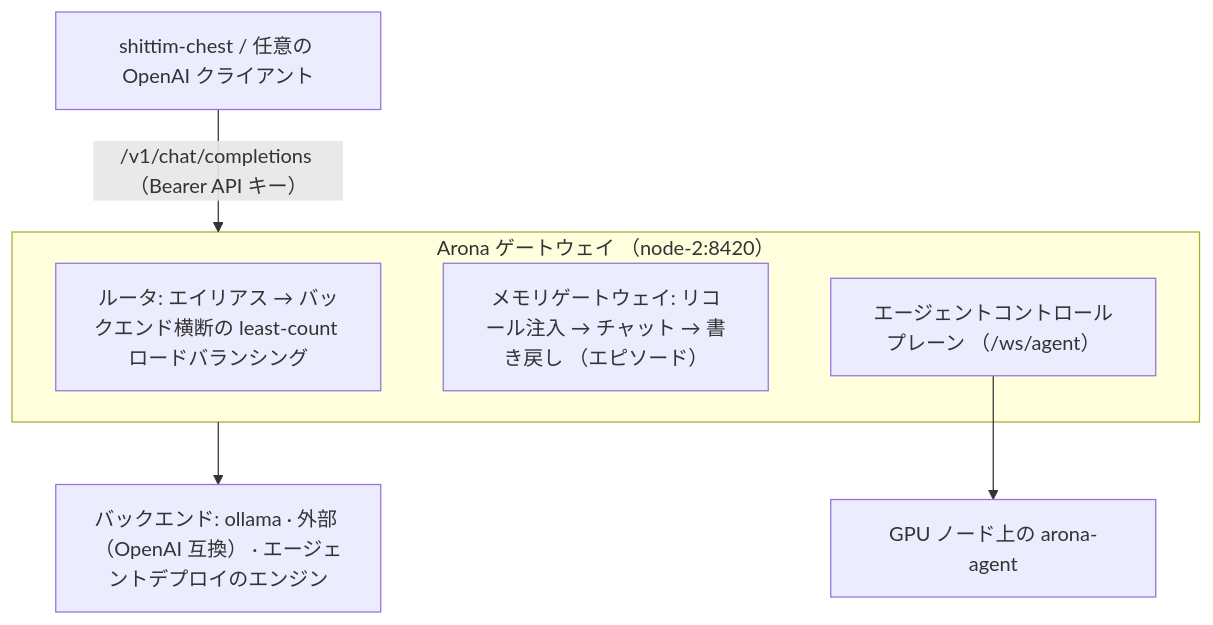
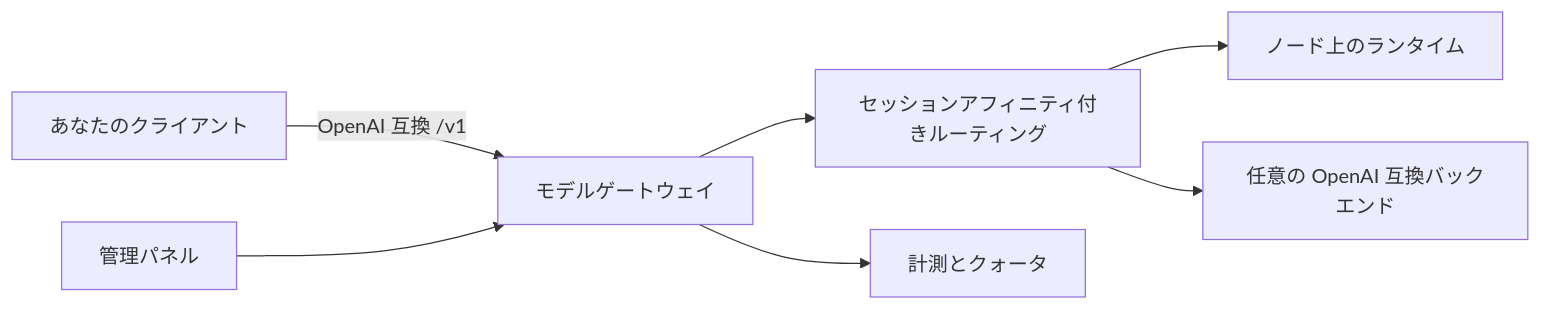
One commit to celestia-island/docs.celestia.world changed the diagram in docs/ja/platforms/arona.md. Above: the diagram before and after it, drawn with Mermaid. The commit also changed other lines of this file and 198 other files, not shown here.

First line of the commit message:
📝 Retire dated roadmap and unpublished internals from the public hub. (#103)

````diff
--- a/docs/ja/platforms/arona.md
+++ b/docs/ja/platforms/arona.md
@@ -12,12 +11,9 @@
 ```mermaid
-flowchart TD
-    C["shittim-chest / 任意の OpenAI クライアント"]
-    subgraph G["Arona ゲートウェイ （node-2:8420）"]
-        N0["ルータ: エイリアス → バックエンド横断の least-count ロードバランシング"]
-        N1["メモリゲートウェイ: リコール注入 → チャット → 書き戻し （エピソード）"]
-        N2["エージェントコントロールプレーン （/ws/agent）"]
-    end
-    C -->|"/v1/chat/completions （Bearer API キー）"| G
-    N2 --> T["GPU ノード上の arona-agent"]
-    G --> B["バックエンド: ollama · 外部 （OpenAI 互換） · エージェントデプロイのエンジン"]
+flowchart LR
+    C["あなたのクライアント"] -->|"OpenAI 互換 /v1"| G["モデルゲートウェイ"]
+    P["管理パネル"] --> G
+    G --> R["セッションアフィニティ付きルーティング"]
+    R --> B1["ノード上のランタイム"]
+    R --> B2["任意の OpenAI 互換バックエンド"]
+    G --> M["計測とクォータ"]
 ```
````
